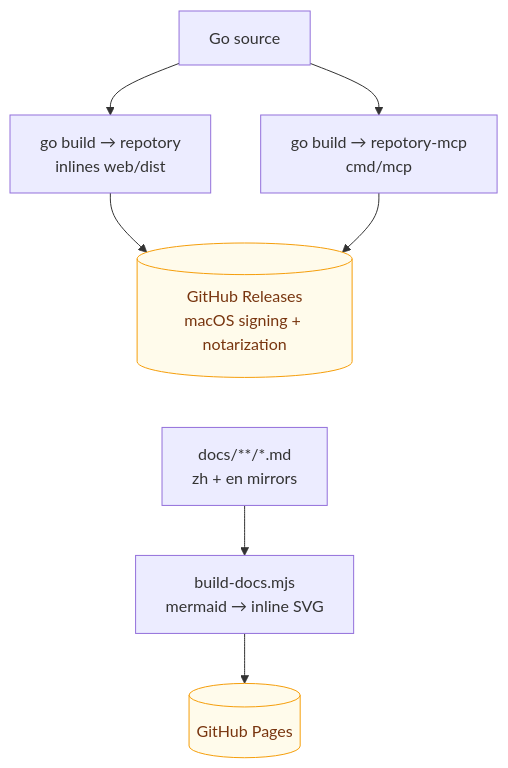
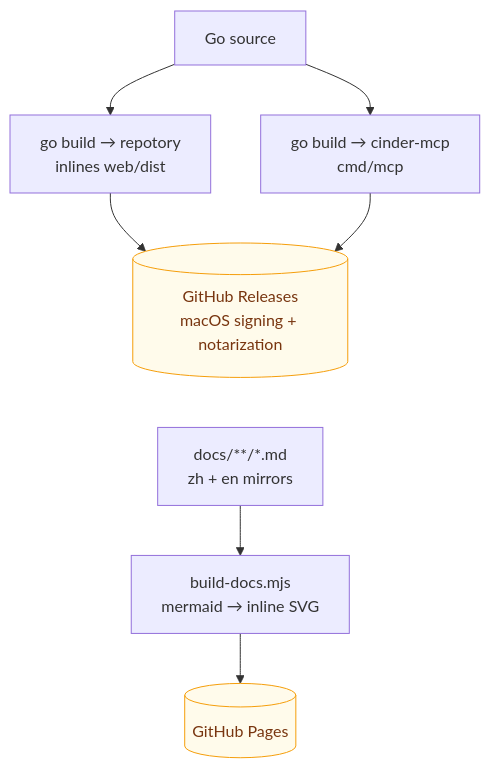
Before and after one commit to sky-jiangcheng/cinder: the fourth of 5 diagrams in docs/en/architecture.md, drawn with Mermaid. The commit also changed other lines of this file and 118 other files, not shown here.

````diff
--- a/docs/en/architecture.md
+++ b/docs/en/architecture.md
@@ -97,12 +97,12 @@
 ```mermaid
 flowchart TB
     SRC["Go source"] --> B1["go build → repotory<br/>inlines web/dist"]
-    SRC --> B2["go build → repotory-mcp<br/>cmd/mcp"]
+    SRC --> B2["go build → cinder-mcp<br/>cmd/mcp"]
     B1 --> REL[("GitHub Releases<br/>macOS signing + notarization")]
     B2 --> REL
     MD["docs/**/*.md<br/>zh + en mirrors"] --> B3["build-docs.mjs<br/>mermaid → inline SVG"]
     B3 --> PAGES[("GitHub Pages")]
     REL ~~~ MD
     classDef store fill:#fffbeb,stroke:#f59e0b,color:#78350f
     class REL,PAGES store
 ```
````
